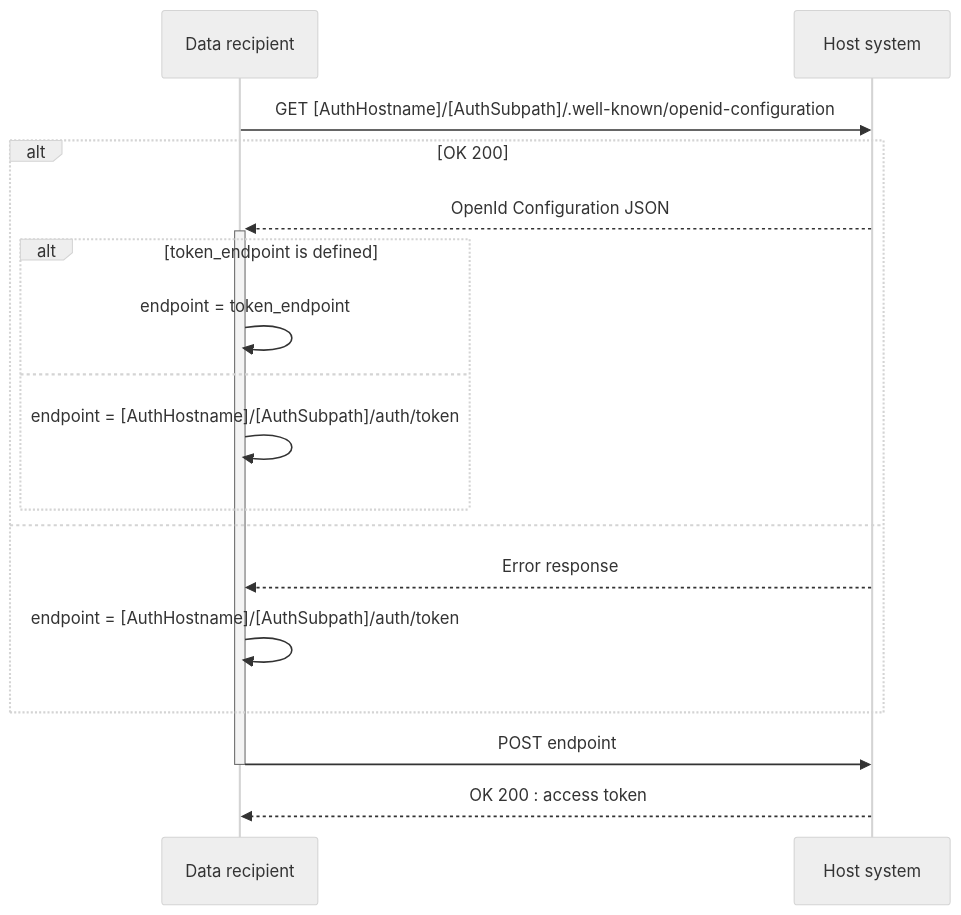
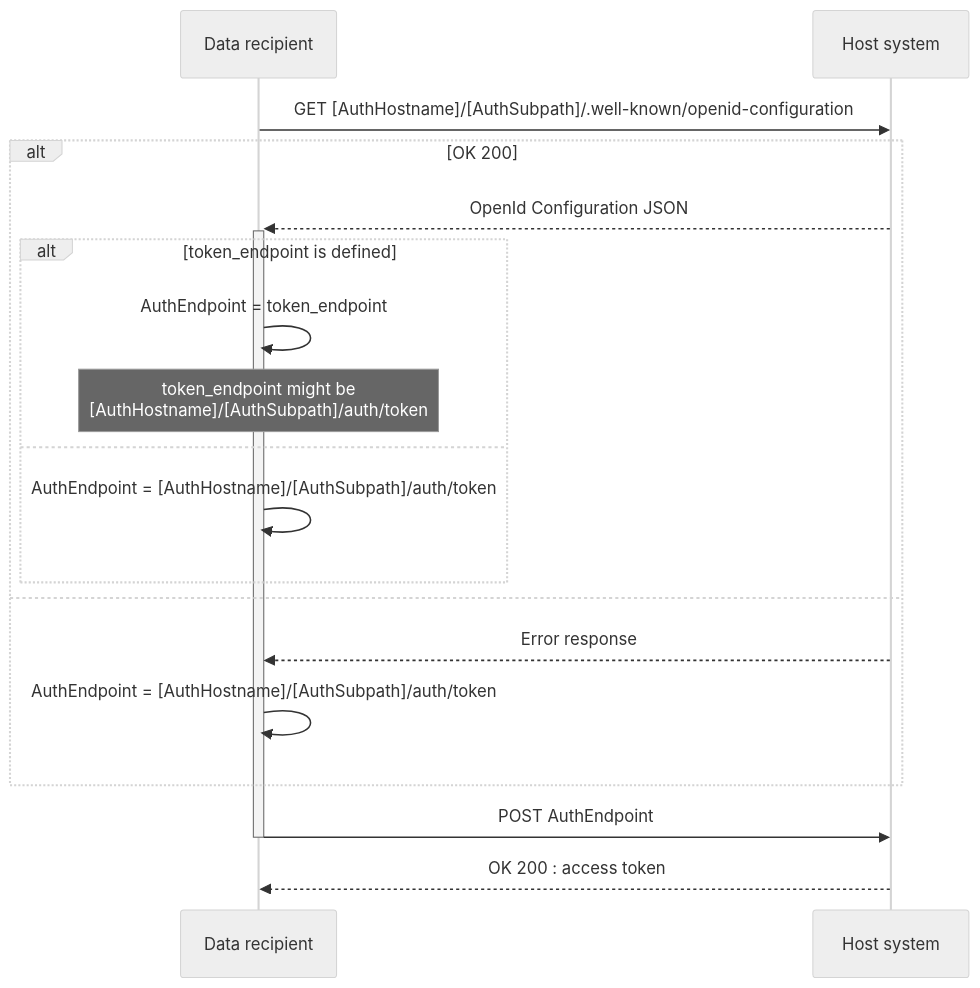
One commit to wbcsd/data-exchange-protocol changed the diagram in spec/v2/diagrams/authentication-flow.mmd. Above: the diagram before and after it, drawn with Mermaid (neutral theme). The commit also changed 2 other files, not shown here.

Commit message:
feat: updated text and diagram

```diff
--- a/spec/v2/diagrams/authentication-flow.mmd
+++ b/spec/v2/diagrams/authentication-flow.mmd
@@ -1,17 +1,18 @@
 sequenceDiagram
     Data recipient->>Host system: GET [AuthHostname]/[AuthSubpath]/.well-known/openid-configuration
     alt OK 200
         Host system-->>+Data recipient: OpenId Configuration JSON
         alt token_endpoint is defined
-            Data recipient->>Data recipient: endpoint = token_endpoint
+            Data recipient->>Data recipient: AuthEndpoint = token_endpoint
+            Note over Data recipient: token_endpoint might be <br>[AuthHostname]/[AuthSubpath]/auth/token
         else
-            Data recipient->>Data recipient: endpoint = [AuthHostname]/[AuthSubpath]/auth/token
+            Data recipient->>Data recipient: AuthEndpoint = [AuthHostname]/[AuthSubpath]/auth/token
         end
 
 
     else
         Host system-->>Data recipient: Error response
-        Data recipient->>Data recipient: endpoint = [AuthHostname]/[AuthSubpath]/auth/token
+        Data recipient->>Data recipient: AuthEndpoint = [AuthHostname]/[AuthSubpath]/auth/token
     end
-        Data recipient->>-Host system: POST endpoint
+        Data recipient->>-Host system: POST AuthEndpoint
         Host system-->>Data recipient: OK 200 : access token
```
